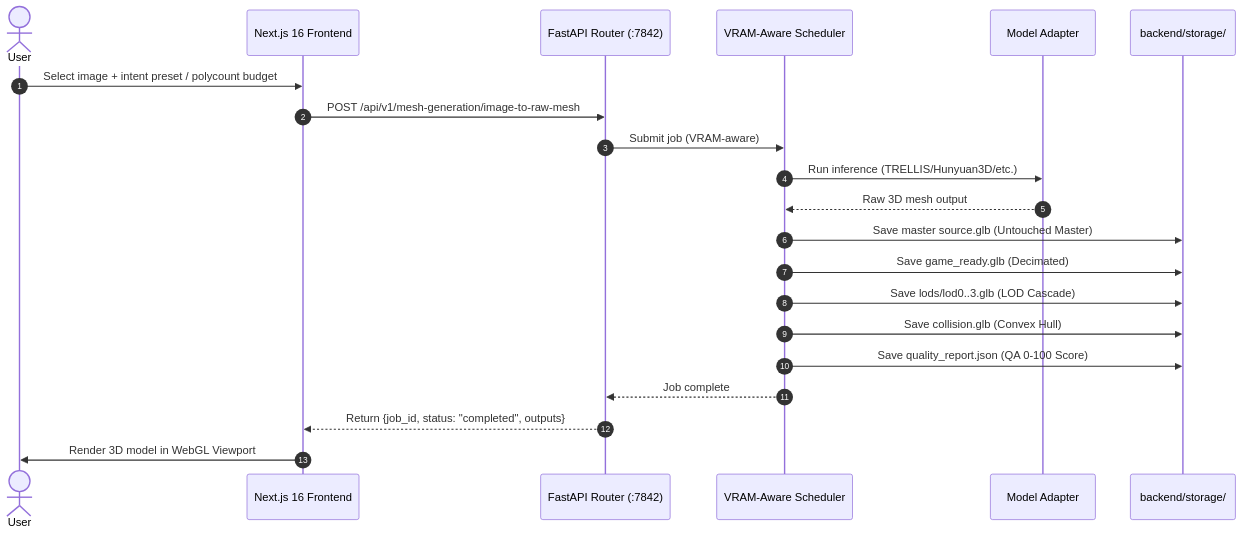
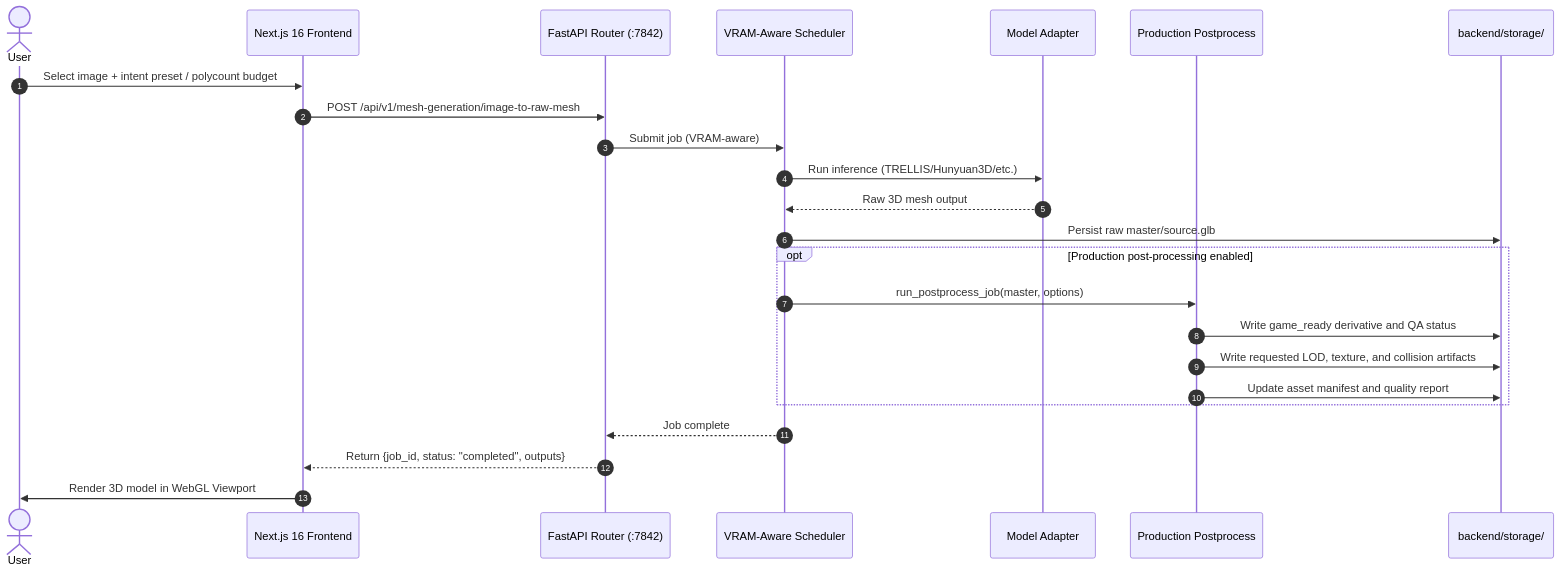
The second of 3 diagrams in Docs/SYSTEM-BLUEPRINT.md (Silentzx2/ForMash3D), drawn with Mermaid before and after one commit. The commit also changed other lines of this file and 31 other files, not shown here.

````diff
--- a/Docs/SYSTEM-BLUEPRINT.md
+++ b/Docs/SYSTEM-BLUEPRINT.md
@@ -148,24 +148,27 @@
 ```mermaid
 sequenceDiagram
     autonumber
     actor User
     participant Frontend as Next.js 16 Frontend
     participant API as FastAPI Router (:7842)
     participant SCHED as VRAM-Aware Scheduler
     participant Adapter as Model Adapter
+    participant PP as Production Postprocess
     participant Storage as backend/storage/
 
     User->>Frontend: Select image + intent preset / polycount budget
     Frontend->>API: POST /api/v1/mesh-generation/image-to-raw-mesh
     API->>SCHED: Submit job (VRAM-aware)
     SCHED->>Adapter: Run inference (TRELLIS/Hunyuan3D/etc.)
     Adapter-->>SCHED: Raw 3D mesh output
-    SCHED->>Storage: Save master source.glb (Untouched Master)
-    SCHED->>Storage: Save game_ready.glb (Decimated)
-    SCHED->>Storage: Save lods/lod0..3.glb (LOD Cascade)
-    SCHED->>Storage: Save collision.glb (Convex Hull)
-    SCHED->>Storage: Save quality_report.json (QA 0-100 Score)
+    SCHED->>Storage: Persist raw master/source.glb
+    opt Production post-processing enabled
+        SCHED->>PP: run_postprocess_job(master, options)
+        PP->>Storage: Write game_ready derivative and QA status
+        PP->>Storage: Write requested LOD, texture, and collision artifacts
+        PP->>Storage: Update asset manifest and quality report
+    end
     SCHED-->>API: Job complete
     API-->>Frontend: Return {job_id, status: "completed", outputs}
     Frontend->>User: Render 3D model in WebGL Viewport
 ```
````
